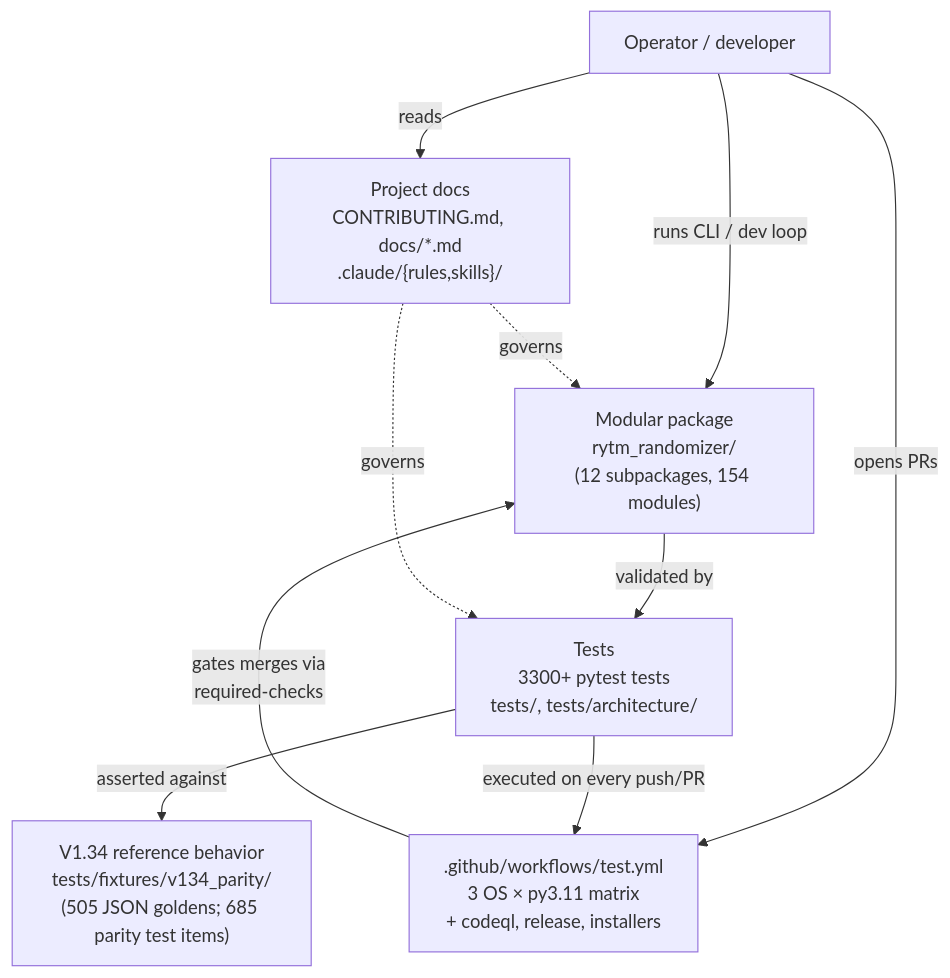
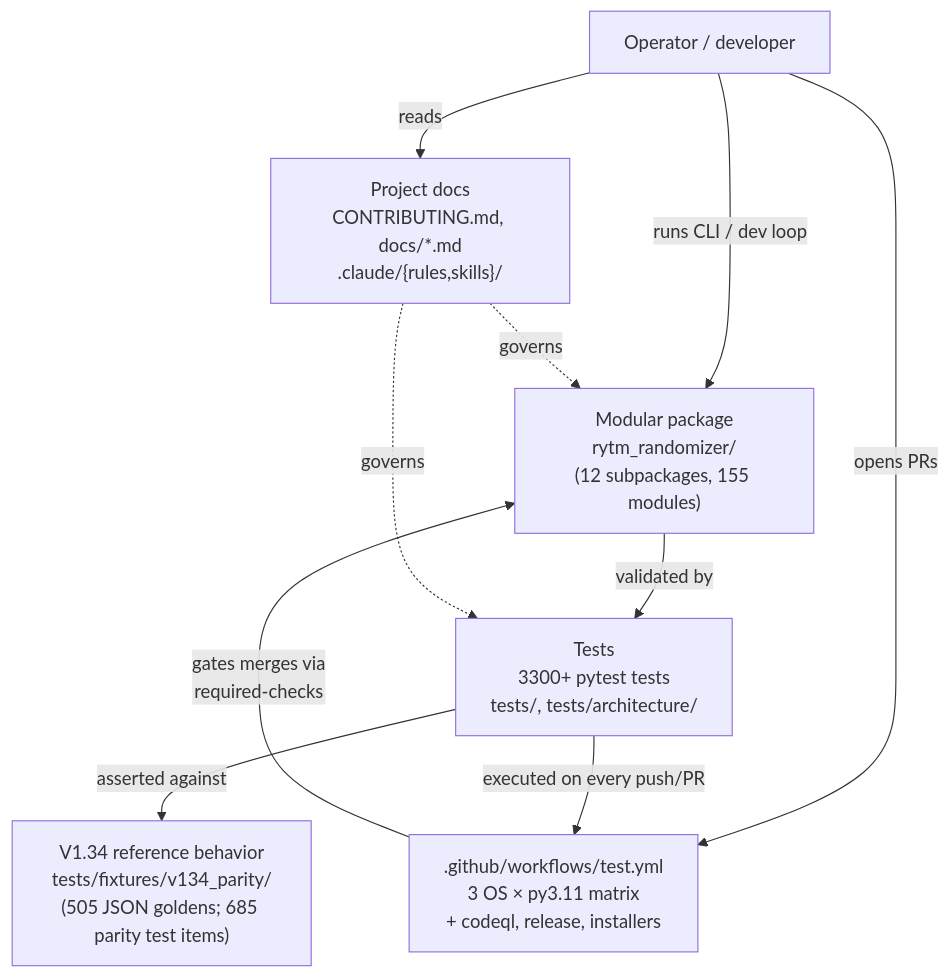
The first of 26 diagrams in docs/ARCHITECTURE_DIAGRAMS.md (buzzijose-hub/RytmRandomizer), drawn with Mermaid before and after one commit. The commit also changed other lines of this file and 15 other files, not shown here.

````diff
--- a/docs/ARCHITECTURE_DIAGRAMS.md
+++ b/docs/ARCHITECTURE_DIAGRAMS.md
@@ -47,22 +47,22 @@
 ```mermaid
 flowchart TB
     User["Operator / developer"]
     V134["V1.34 reference behavior<br/>tests/fixtures/v134_parity/<br/>(505 JSON goldens; 685 parity test items)"]
-    Package["Modular package<br/>rytm_randomizer/<br/>(12 subpackages, 154 modules)"]
+    Package["Modular package<br/>rytm_randomizer/<br/>(12 subpackages, 155 modules)"]
     Tests["Tests<br/>3300+ pytest tests<br/>tests/, tests/architecture/"]
     CI[".github/workflows/test.yml<br/>3 OS × py3.11 matrix<br/>+ codeql, release, installers"]
     Docs["Project docs<br/>CONTRIBUTING.md, docs/*.md<br/>.claude/{rules,skills}/"]
 
     User -->|"runs CLI / dev loop"| Package
     User -->|"opens PRs"| CI
     User -->|"reads"| Docs
 
     Package -->|"validated by"| Tests
     Tests -->|"asserted against"| V134
     Tests -->|"executed on every push/PR"| CI
 
     CI -->|"gates merges via<br/>required-checks"| Package
 
     Docs -.->|"governs"| Package
     Docs -.->|"governs"| Tests
 ```
````
